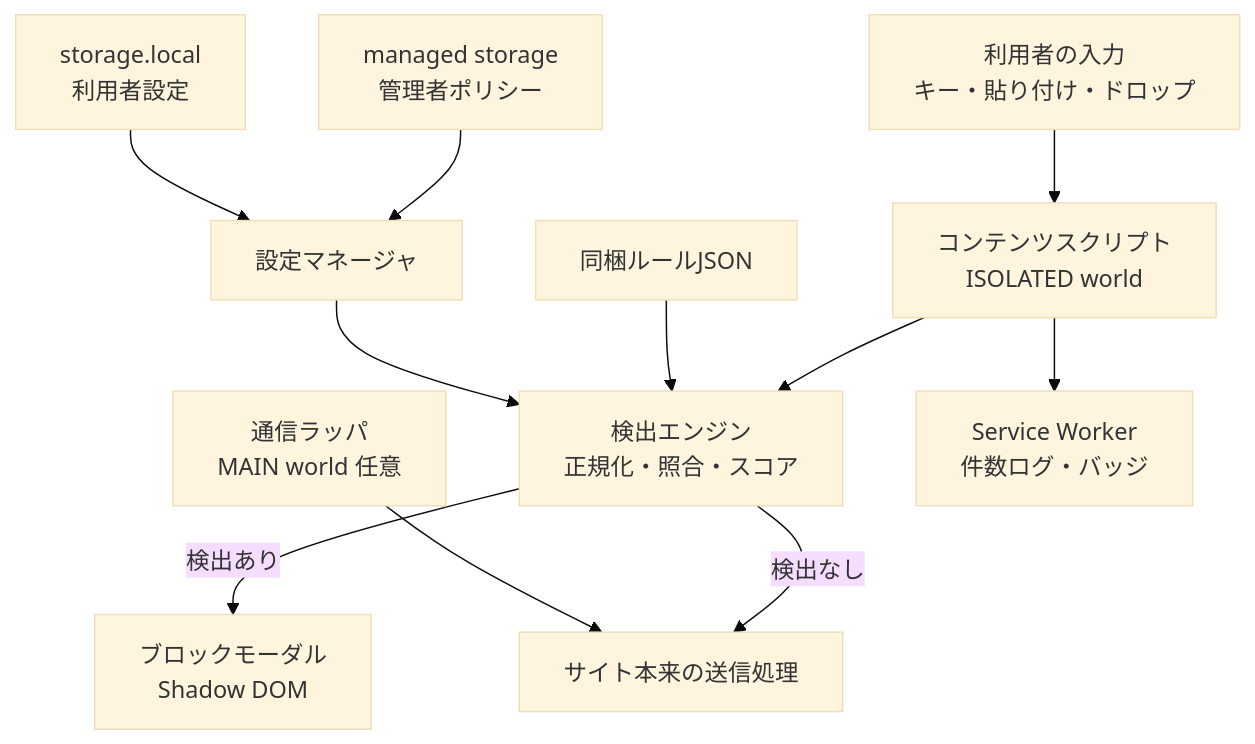
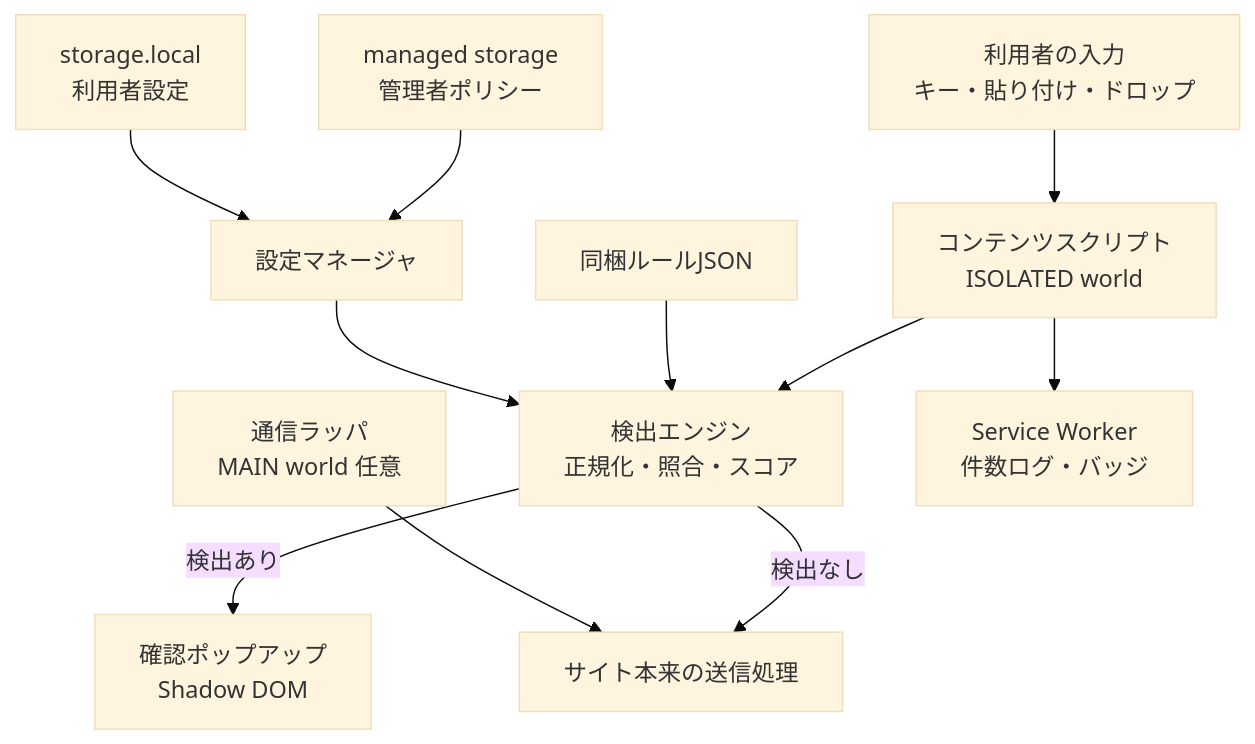
One commit to KohheiAdachi/genai-pii-blocker changed the first of 2 diagrams in docs/pii-guard-development-doc.md. Above: the diagram before and after it, drawn with Mermaid (base theme). The commit also changed other lines of this file, not shown here.

````diff
--- a/docs/pii-guard-development-doc.md
+++ b/docs/pii-guard-development-doc.md
@@ -162,13 +164,13 @@
 ```mermaid
 flowchart TD
     U[利用者の入力<br/>キー・貼り付け・ドロップ] --> CS[コンテンツスクリプト<br/>ISOLATED world]
     CS --> DE[検出エンジン<br/>正規化・照合・スコア]
     RULES[同梱ルールJSON] --> DE
     MS[managed storage<br/>管理者ポリシー] --> CFG[設定マネージャ]
     LS[storage.local<br/>利用者設定] --> CFG
     CFG --> DE
-    DE -->|検出あり| UI[ブロックモーダル<br/>Shadow DOM]
+    DE -->|検出あり| UI[確認ポップアップ<br/>Shadow DOM]
     DE -->|検出なし| SEND[サイト本来の送信処理]
     NG[通信ラッパ<br/>MAIN world 任意] --> SEND
     CS --> SW[Service Worker<br/>件数ログ・バッジ]
 ```
````
